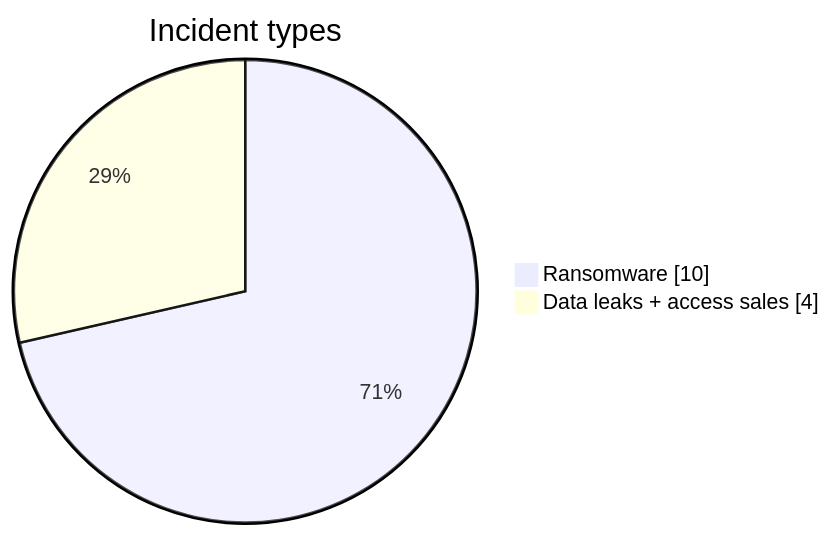
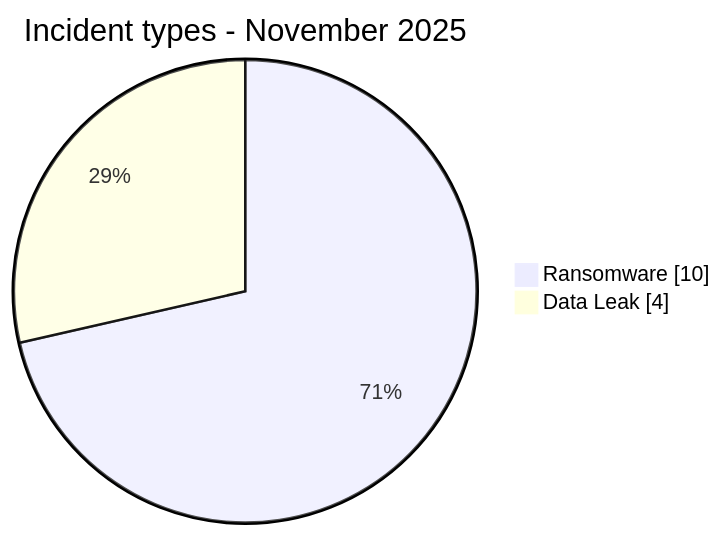
Before and after one commit to Hatchepsoute/AFRINTEL: the first of 3 diagrams in CyberAttackAfrica/2025/11-november/README.md, drawn with Mermaid. The commit also changed other lines of this file and 35 other files, not shown here.

````diff
--- a/CyberAttackAfrica/2025/11-november/README.md
+++ b/CyberAttackAfrica/2025/11-november/README.md
@@ -140,6 +72,6 @@
 ```mermaid
 pie showData
-    title Incident types
+    title Incident types - November 2025
     "Ransomware" : 10
-    "Data leaks + access sales" : 4
+    "Data Leak" : 4
 ```
````
